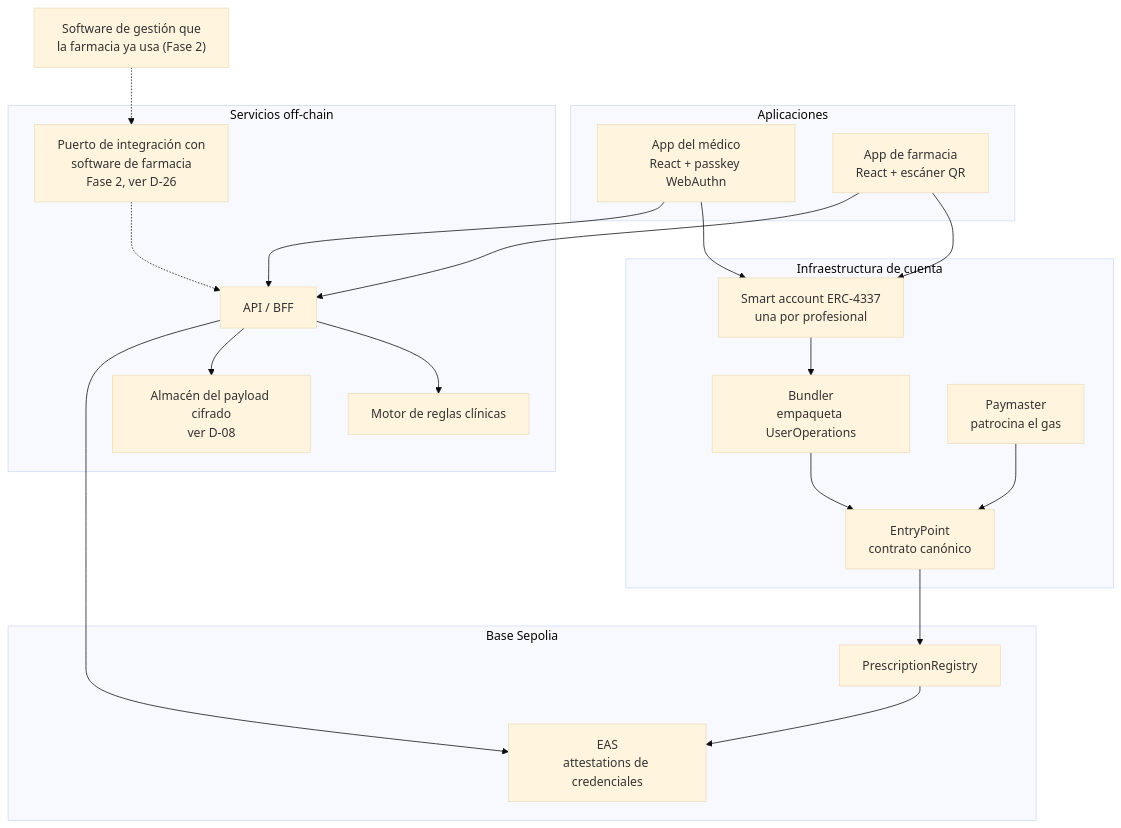
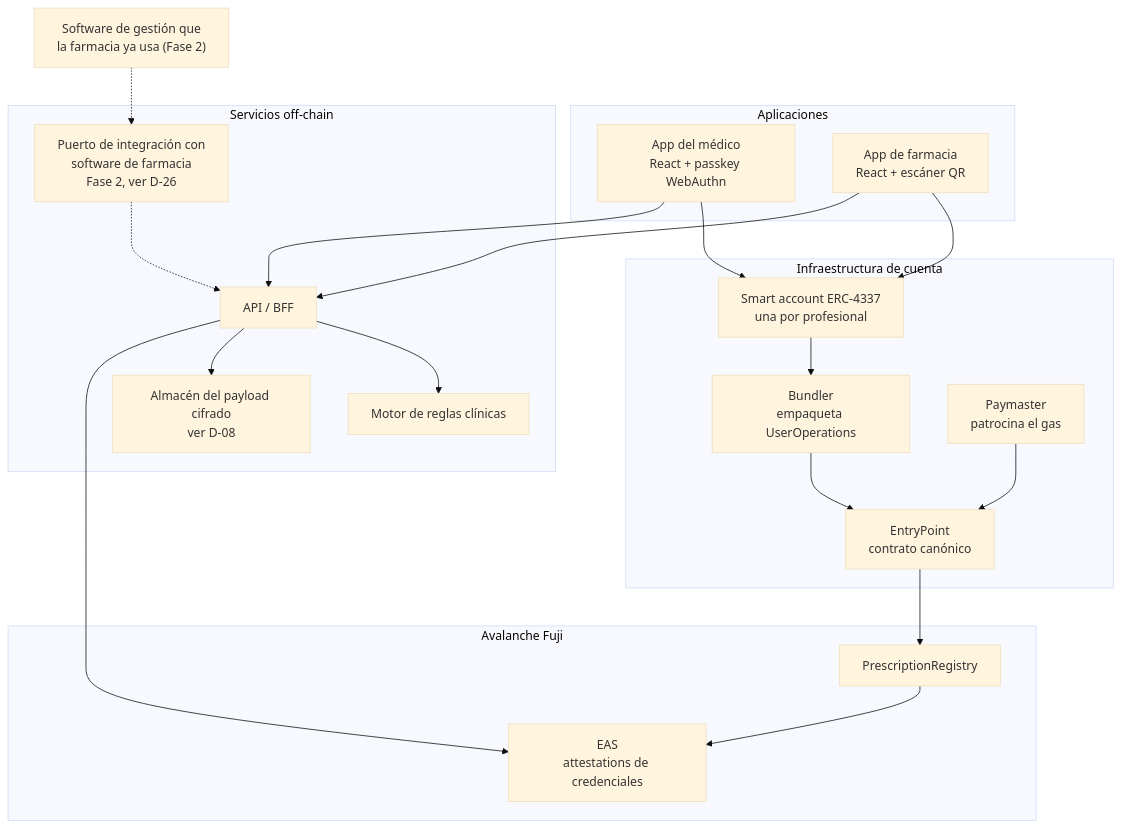
One commit to abrereflo/proyecto_recetas changed the second of 4 diagrams in docs/01-arquitectura.md. Above: the diagram before and after it, drawn with Mermaid (base theme). The commit also changed other lines of this file and 15 other files, not shown here.

First line of the commit message:
docs: align the planning documents with Avalanche Fuji and the verified status

````diff
--- a/docs/01-arquitectura.md
+++ b/docs/01-arquitectura.md
@@ -48,43 +52,43 @@
 ```mermaid
 flowchart TB
     subgraph Front["Aplicaciones"]
         AppDoc["App del médico<br/>React + passkey WebAuthn"]
         AppPhar["App de farmacia<br/>React + escáner QR"]
     end
 
     subgraph AA["Infraestructura de cuenta"]
         SA["Smart account ERC-4337<br/>una por profesional"]
         Bundler["Bundler<br/>empaqueta UserOperations"]
         Paymaster["Paymaster<br/>patrocina el gas"]
         EntryPoint["EntryPoint<br/>contrato canónico"]
     end
 
-    subgraph Chain["Base Sepolia"]
+    subgraph Chain["Avalanche Fuji"]
         PR["PrescriptionRegistry"]
         EAS["EAS<br/>attestations de credenciales"]
     end
 
     subgraph Off["Servicios off-chain"]
         API["API / BFF"]
         Rules["Motor de reglas clínicas"]
         Store["Almacén del payload cifrado<br/>ver D-08"]
         PharmaInt["Puerto de integración con<br/>software de farmacia<br/>Fase 2, ver D-26"]
     end
 
     PharmaSoft["Software de gestión que<br/>la farmacia ya usa (Fase 2)"]
 
     AppDoc --> SA
     AppPhar --> SA
     SA --> Bundler
     Bundler --> EntryPoint
     Paymaster --> EntryPoint
     EntryPoint --> PR
     AppDoc --> API
     AppPhar --> API
     API --> Rules
     API --> Store
     API --> EAS
     PR --> EAS
     PharmaSoft -.-> PharmaInt
     PharmaInt -.-> API
 ```
````
